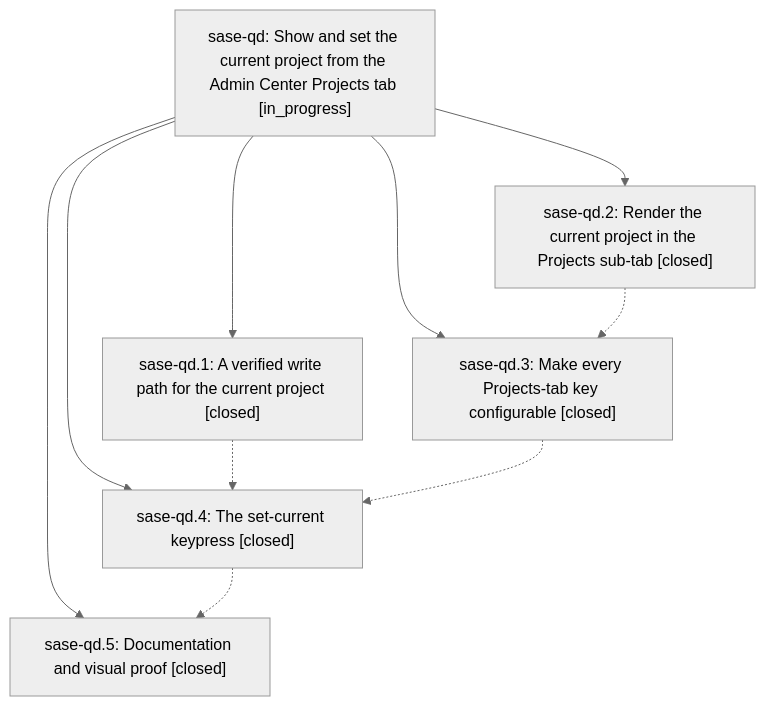
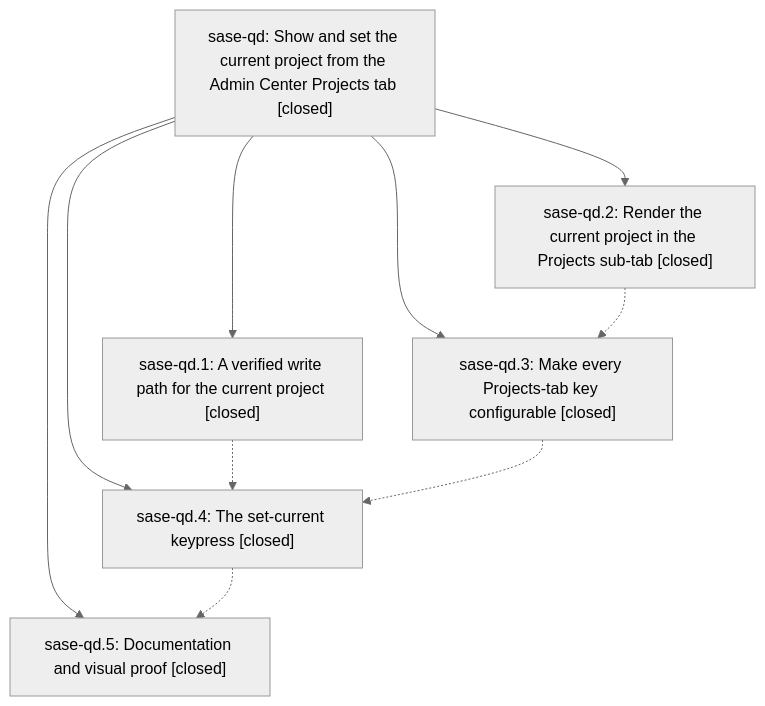
The diagram in pages/sase-qd/README.md (sase-org/sase--beads), drawn with Mermaid (neutral theme) before and after one commit. The commit also changed other lines of this file, not shown here.

First line of the commit message:
chore(beads): sync bead state and pages for sase-qd

````diff
--- a/pages/sase-qd/README.md
+++ b/pages/sase-qd/README.md
@@ -26,18 +38,18 @@
 ```mermaid
 flowchart TD
-    n0["sase-qd: Show and set the current project from the Admin Center Projects tab [in_progress]"]
+    n0["sase-qd: Show and set the current project from the Admin Center Projects tab [closed]"]
     n1["sase-qd.1: A verified write path for the current project [closed]"]
     n2["sase-qd.2: Render the current project in the Projects sub-tab [closed]"]
     n3["sase-qd.3: Make every Projects-tab key configurable [closed]"]
     n4["sase-qd.4: The set-current keypress [closed]"]
     n5["sase-qd.5: Documentation and visual proof [closed]"]
     n0 --> n1
     n0 --> n2
     n0 --> n3
     n0 --> n4
     n0 --> n5
     n1 -.-> n4
     n2 -.-> n3
     n3 -.-> n4
     n4 -.-> n5
 ```
````
